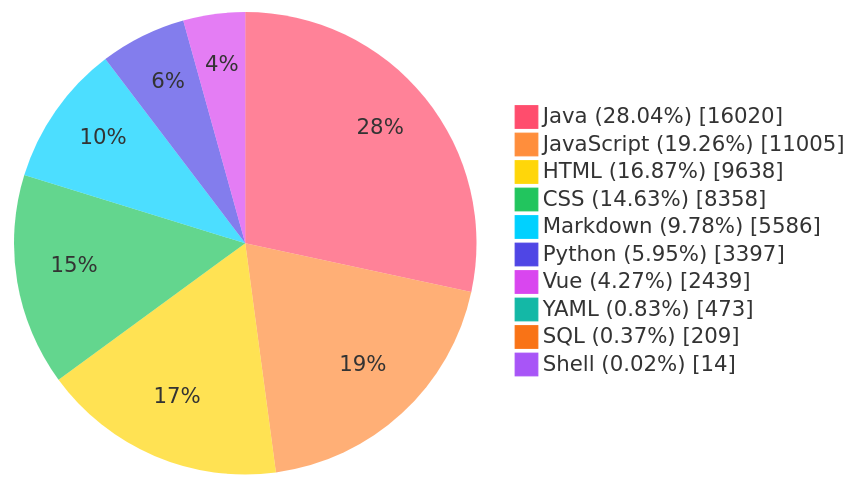
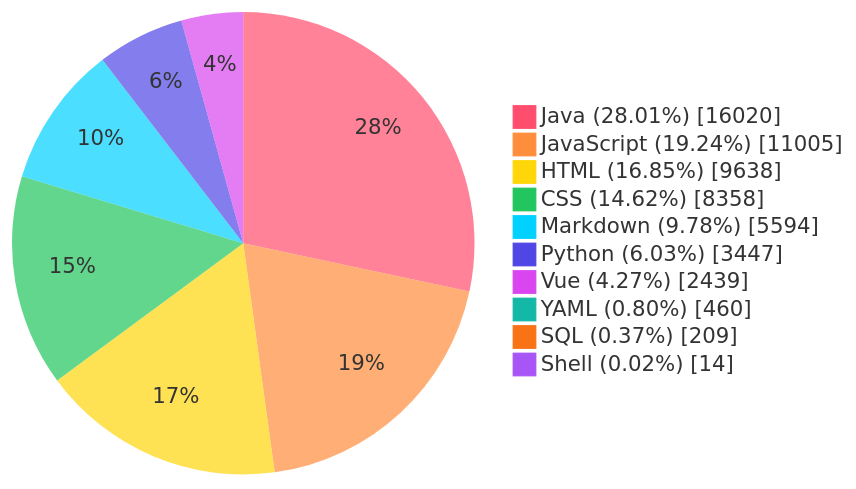
The diagram in README.md (TheBadRoger/BUCT-Teaching-Aids), drawn with Mermaid before and after one commit. The commit also changed other lines of this file and 2 other files, not shown here.

Commit message:
chore(stats): auto update README metrics

````diff
--- a/README.md
+++ b/README.md
@@ -40,29 +40,29 @@
 ```mermaid
 %%{init: {'theme':'base','themeVariables': {
   'fontFamily': 'Fira Code, JetBrains Mono, Source Code Pro, Cascadia Code, Menlo, Consolas, monospace',
   'pieStrokeColor': 'transparent',
   'pieStrokeWidth': '0px',
   'pieOuterStrokeWidth': '0px',
   'pie1': '#FF4D6D',
   'pie2': '#FF8E3C',
   'pie3': '#FFD60A',
   'pie4': '#22C55E',
   'pie5': '#00D1FF',
   'pie6': '#4F46E5',
   'pie7': '#D946EF',
   'pie8': '#14B8A6',
   'pie9': '#F97316',
   'pie10': '#A855F7'
 }}}%%
 pie showData
-    "Java (28.04%)" : 16020
-    "JavaScript (19.26%)" : 11005
-    "HTML (16.87%)" : 9638
-    "CSS (14.63%)" : 8358
-    "Markdown (9.78%)" : 5586
-    "Python (5.95%)" : 3397
+    "Java (28.01%)" : 16020
+    "JavaScript (19.24%)" : 11005
+    "HTML (16.85%)" : 9638
+    "CSS (14.62%)" : 8358
+    "Markdown (9.78%)" : 5594
+    "Python (6.03%)" : 3447
     "Vue (4.27%)" : 2439
-    "YAML (0.83%)" : 473
+    "YAML (0.80%)" : 460
     "SQL (0.37%)" : 209
     "Shell (0.02%)" : 14
 ```
````
